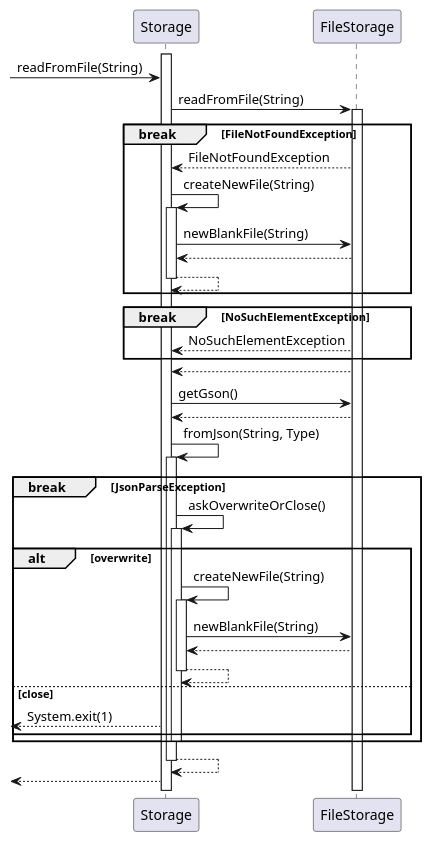
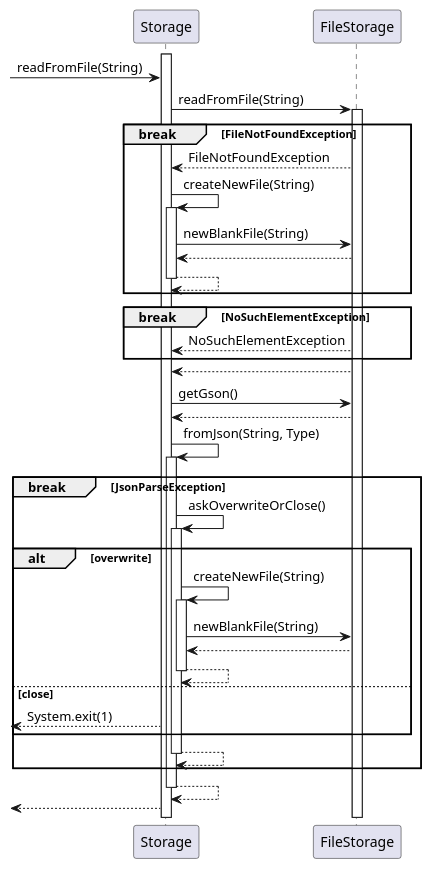
The diagram in docs/diagrams/ReadFromFileSeqDiag.puml (nus-cs2113-AY2122S1/tp), drawn with PlantUML before and after one commit.

```diff
--- a/docs/diagrams/ReadFromFileSeqDiag.puml
+++ b/docs/diagrams/ReadFromFileSeqDiag.puml
@@ -1,62 +1,63 @@
 @startuml
 'https://plantuml.com/sequence-diagram
 
 'autonumber
 
 activate Storage
 -> Storage: readFromFile(String)
 
 Storage -> FileStorage: readFromFile(String)
 activate FileStorage
 
 break FileNotFoundException
 
     FileStorage --> Storage: FileNotFoundException
     Storage -> Storage: createNewFile(String)
     activate Storage
     Storage -> FileStorage: newBlankFile(String)
     FileStorage --> Storage
     Storage --> Storage
     deactivate Storage
 
 end
 
 break NoSuchElementException
     FileStorage --> Storage: NoSuchElementException
 end
 
 FileStorage --> Storage
 
 Storage -> FileStorage: getGson()
 FileStorage --> Storage
 
 Storage -> Storage: fromJson(String, Type)
 activate Storage
 
 break JsonParseException
 
     Storage -> Storage: askOverwriteOrClose()
     activate Storage
 
         alt overwrite
             Storage -> Storage: createNewFile(String)
             activate Storage
             Storage -> FileStorage: newBlankFile(String)
             FileStorage --> Storage
             Storage --> Storage
             deactivate Storage
         else close
             <-- Storage: System.exit(1)
         end
+        Storage --> Storage
     deactivate Storage
 
 end
 
 Storage --> Storage
 deactivate Storage
 
 
 
 <-- Storage
 
 @enduml
```
